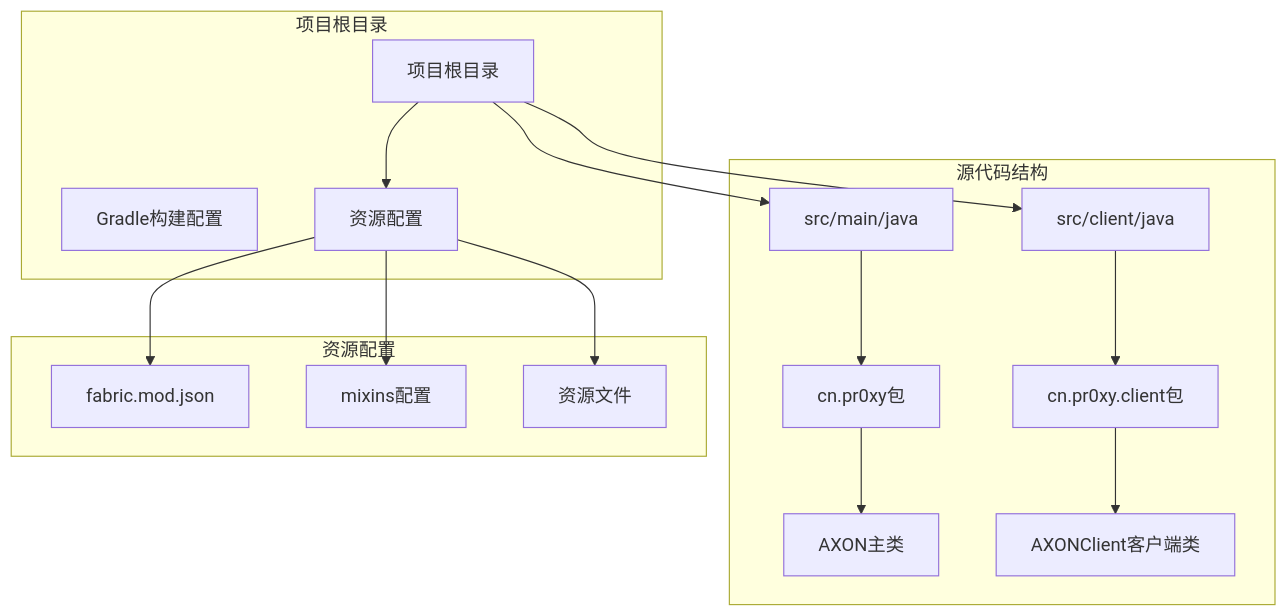
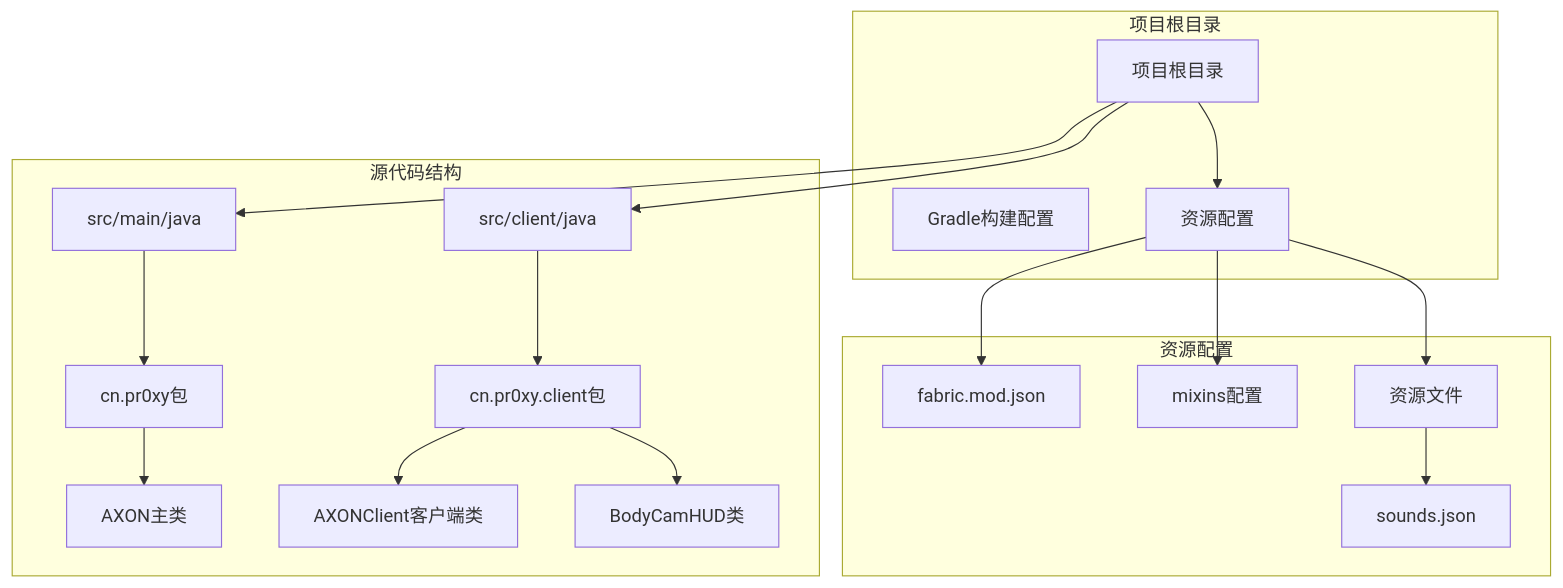
The first of 11 diagrams in .qoder/repowiki/zh/content/模组生命周期管理/主模组初始化.md (Manager20211/AxonBodyCam2), drawn with Mermaid before and after one commit. The commit also changed other lines of this file and 11 other files, not shown here.

````diff
--- a/.qoder/repowiki/zh/content/模组生命周期管理/主模组初始化.md
+++ b/.qoder/repowiki/zh/content/模组生命周期管理/主模组初始化.md
@@ -36,31 +45,35 @@
 ```mermaid
 graph TB
 subgraph "项目根目录"
 Root[项目根目录]
 Gradle[Gradle构建配置]
 Resources[资源配置]
 end
 subgraph "源代码结构"
 MainSrc[src/main/java]
 ClientSrc[src/client/java]
 MainPackage[cn.pr0xy包]
 ClientPackage[cn.pr0xy.client包]
 MainClass[AXON主类]
 ClientClass[AXONClient客户端类]
+HUDClass[BodyCamHUD类]
 end
 subgraph "资源配置"
 FabricJSON[fabric.mod.json]
 MixinConfig[mixins配置]
 Assets[资源文件]
+Sounds[sounds.json]
 end
 Root --> MainSrc
 Root --> ClientSrc
 Root --> Resources
 MainSrc --> MainPackage
 ClientSrc --> ClientPackage
 MainPackage --> MainClass
 ClientPackage --> ClientClass
+ClientPackage --> HUDClass
 Resources --> FabricJSON
 Resources --> MixinConfig
 Resources --> Assets
+Assets --> Sounds
 ```
````
